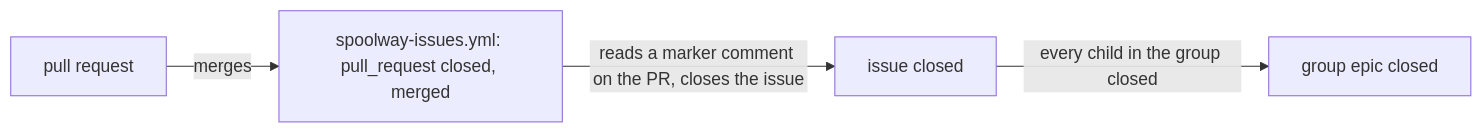
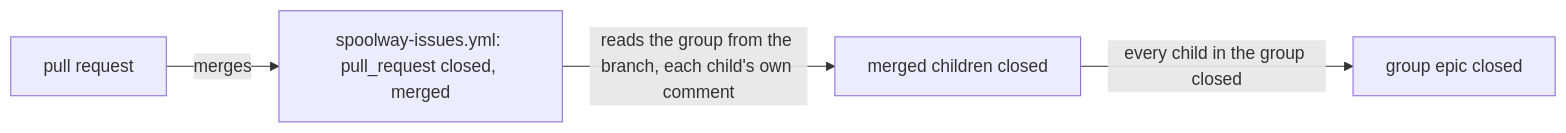
Before and after one commit to marvingygas/spoolway: the second of 2 diagrams in docs/configuration.md, drawn with Mermaid. The commit also changed other lines of this file and 3 other files, not shown here.

Commit message:
ci(issues): close a merged task and its finished group on Jira and GitHub

````diff
--- a/docs/configuration.md
+++ b/docs/configuration.md
@@ -405,6 +412,6 @@
 ```mermaid
 flowchart LR
   PR[pull request] -->|merges| Workflow[spoolway-issues.yml: pull_request closed, merged]
-  Workflow -->|reads a marker comment on the PR, closes the issue| Closed[issue closed]
+  Workflow -->|reads the group from the branch, each child's own comment| Closed[merged children closed]
   Closed -->|every child in the group closed| Epic[group epic closed]
 ```
````
